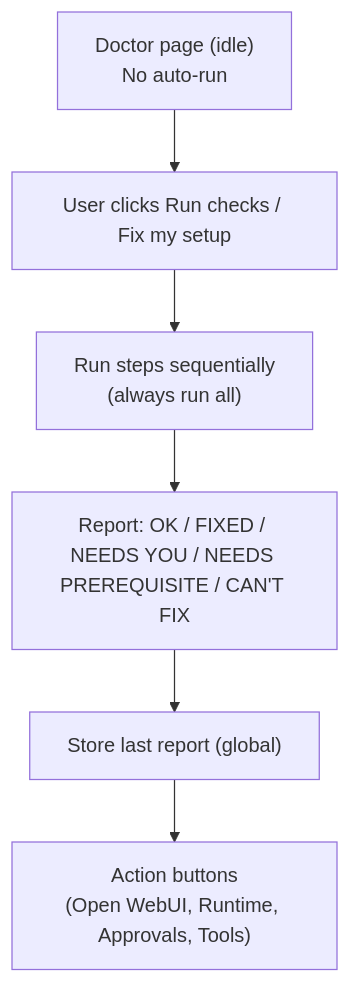
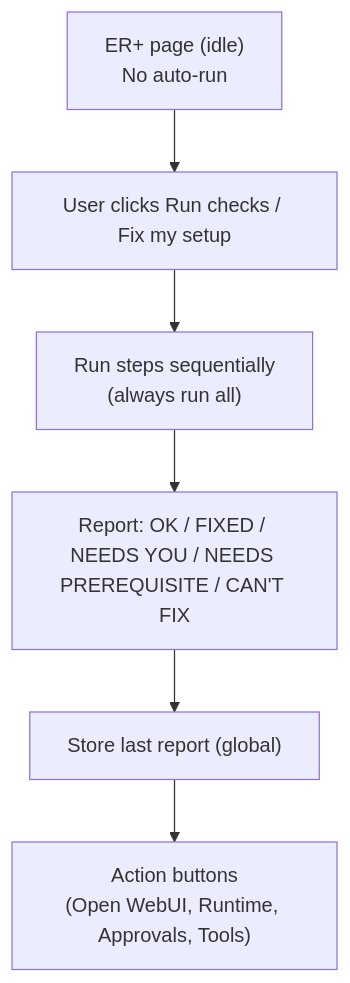
Before and after one commit to jamiegrl100/proworkbench: the third of 4 diagrams in architecture.md, drawn with Mermaid. The commit also changed other lines of this file and 181 other files, not shown here.

````diff
--- a/architecture.md
+++ b/architecture.md
@@ -84,8 +84,8 @@
 ```mermaid
 flowchart TD
-  Idle["Doctor page (idle)\nNo auto-run"] --> Click["User clicks Run checks / Fix my setup"]
+  Idle["ER+ page (idle)\nNo auto-run"] --> Click["User clicks Run checks / Fix my setup"]
   Click --> Steps["Run steps sequentially\n(always run all)"]
   Steps --> Report["Report: OK / FIXED / NEEDS YOU / NEEDS PREREQUISITE / CAN'T FIX"]
   Report --> Store["Store last report (global)"]
   Store --> Actions["Action buttons\n(Open WebUI, Runtime, Approvals, Tools)"]
 ```
````
